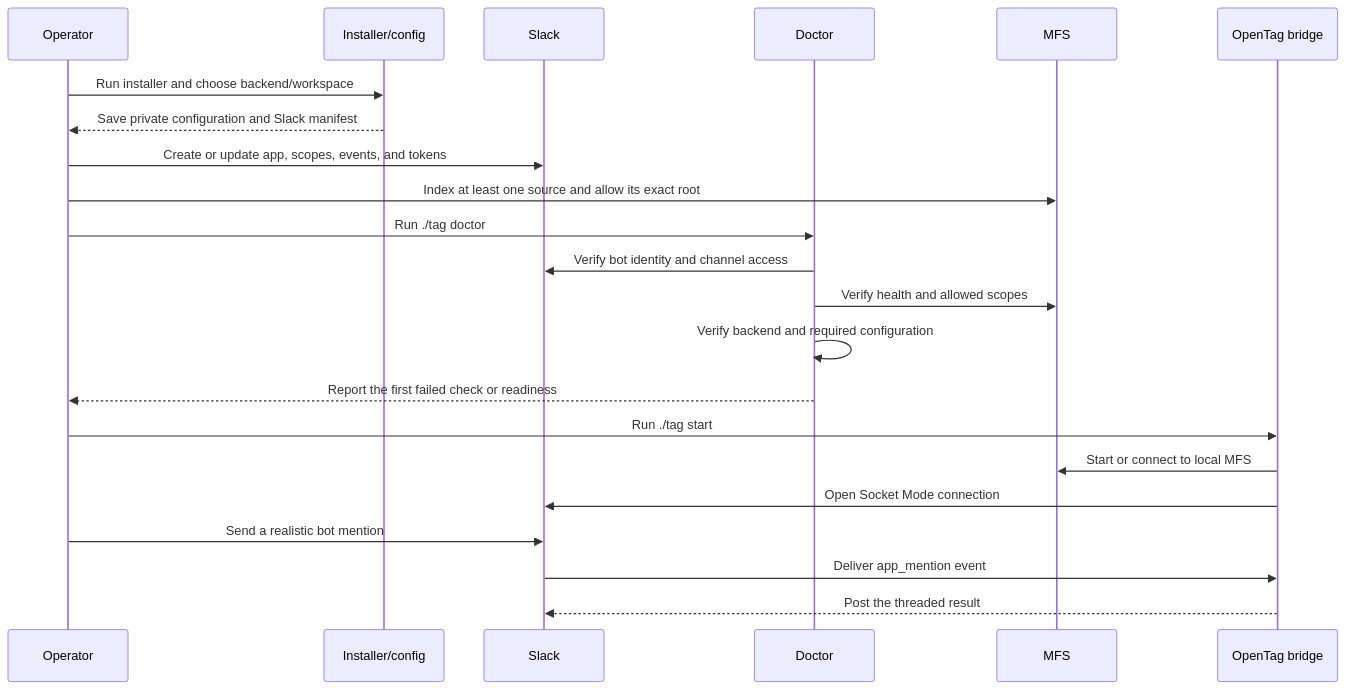
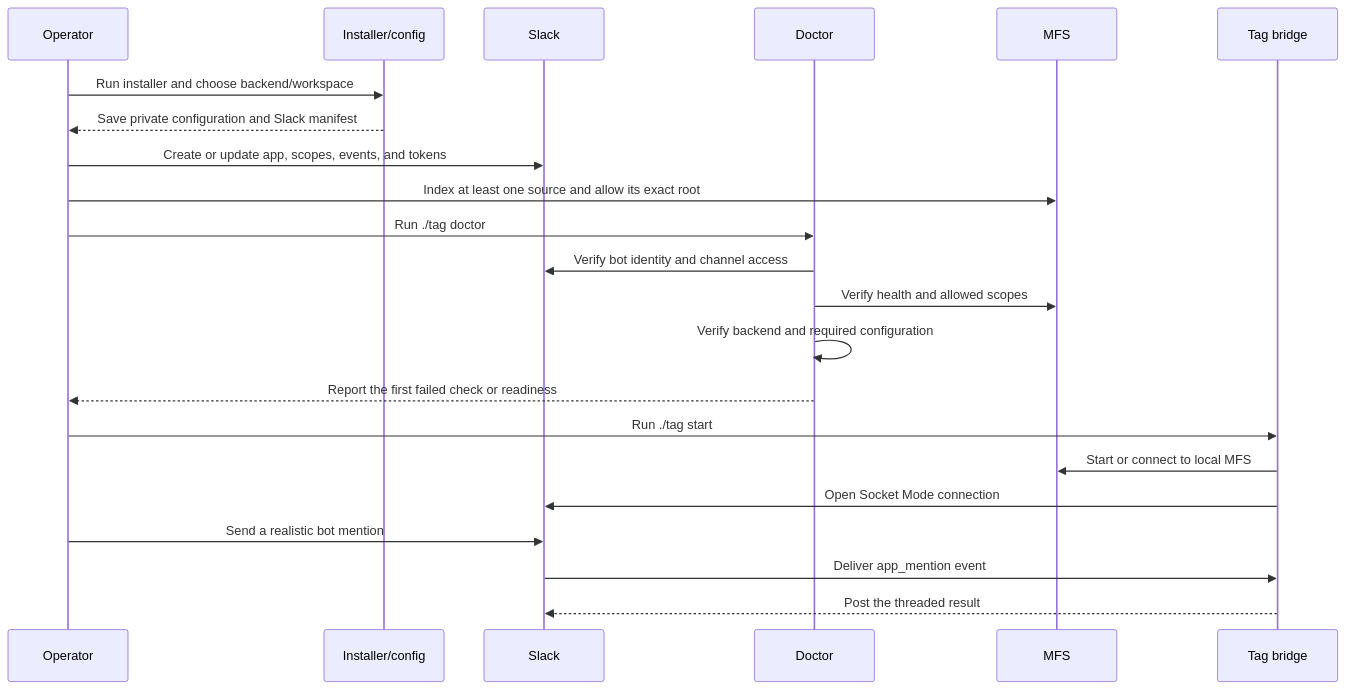
One commit to klovr-co/hover-tag changed the fourth of 19 diagrams in docs/user-flows.md. Above: the diagram before and after it, drawn with Mermaid. The commit also changed other lines of this file and 23 other files, not shown here.

````diff
--- a/docs/user-flows.md
+++ b/docs/user-flows.md
@@ -157,25 +157,25 @@
 ```mermaid
 sequenceDiagram
     participant O as Operator
     participant I as Installer/config
     participant S as Slack
     participant D as Doctor
     participant M as MFS
-    participant B as OpenTag bridge
+    participant B as Tag bridge
 
     O->>I: Run installer and choose backend/workspace
     I-->>O: Save private configuration and Slack manifest
     O->>S: Create or update app, scopes, events, and tokens
     O->>M: Index at least one source and allow its exact root
     O->>D: Run ./tag doctor
     D->>S: Verify bot identity and channel access
     D->>M: Verify health and allowed scopes
     D->>D: Verify backend and required configuration
     D-->>O: Report the first failed check or readiness
     O->>B: Run ./tag start
     B->>M: Start or connect to local MFS
     B->>S: Open Socket Mode connection
     O->>S: Send a realistic bot mention
     S->>B: Deliver app_mention event
     B-->>S: Post the threaded result
 ```
````
